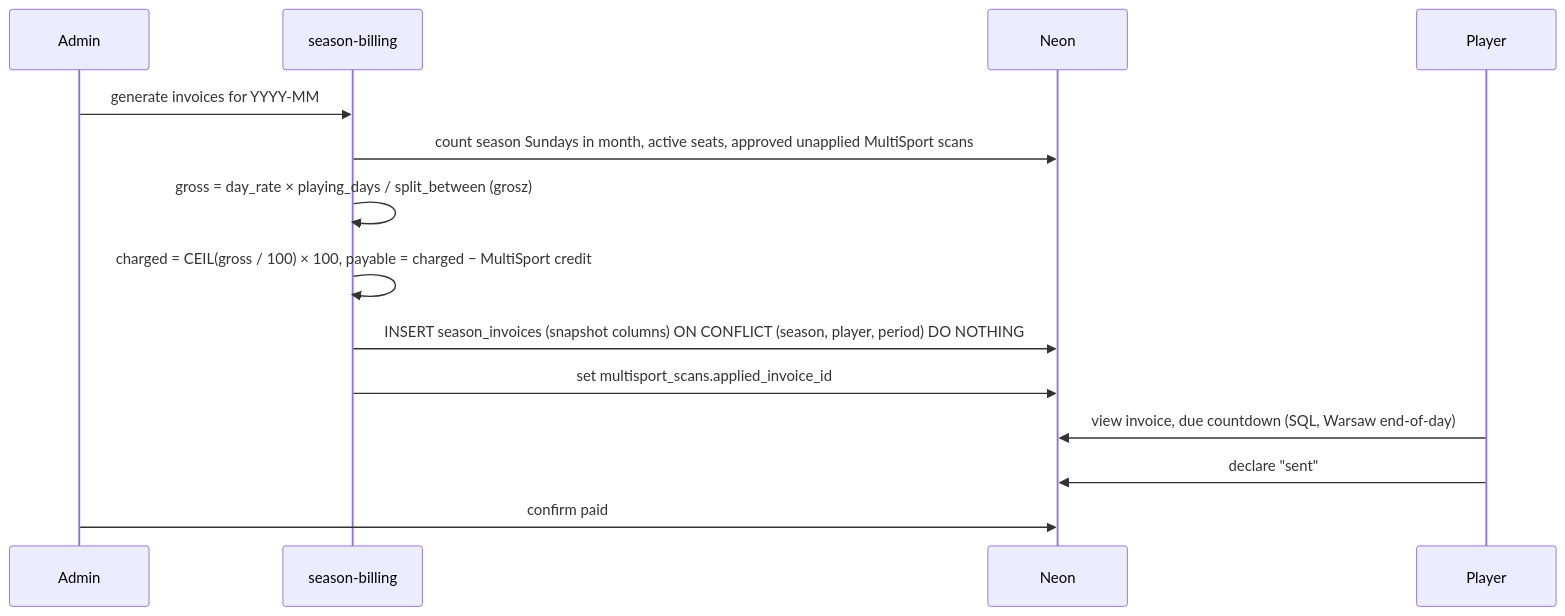
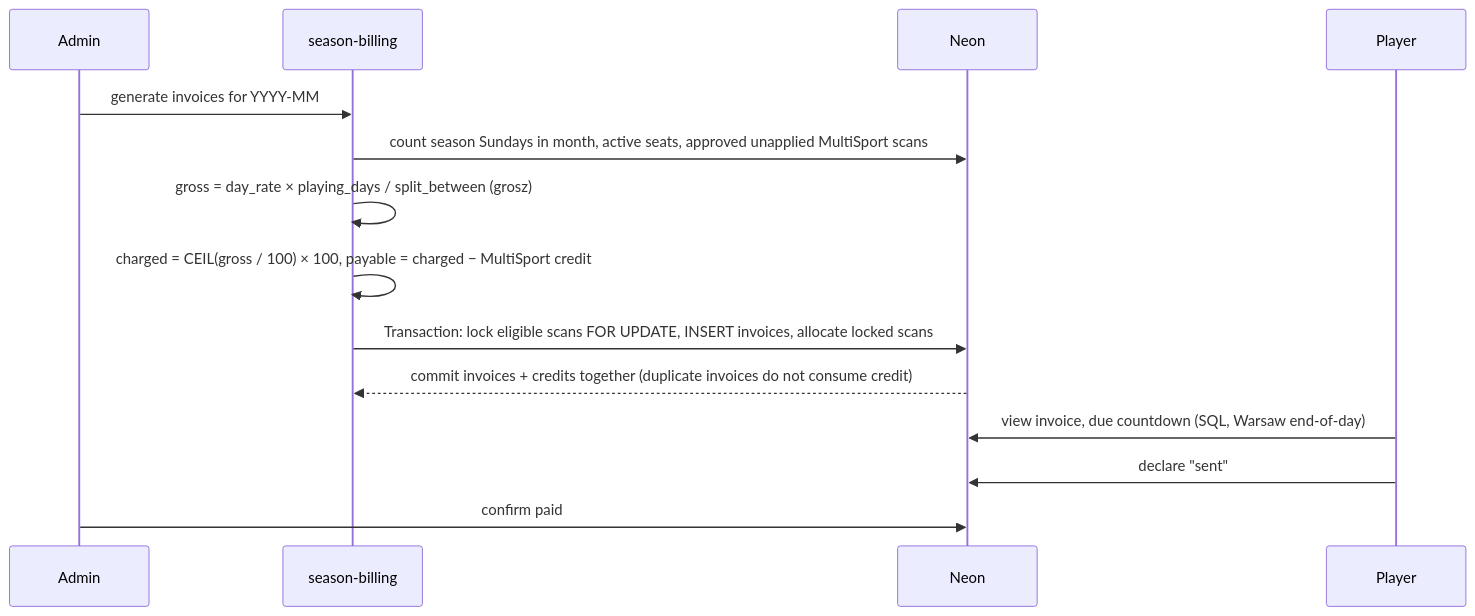
The ninth of 14 diagrams in docs/ARCHITECTURE.md (MarwanTaher/Sideline), drawn with Mermaid before and after one commit. The commit also changed other lines of this file and 85 other files, not shown here.

First line of the commit message:
Complete roadmap phases 3–5 and add recorded matchday moments

````diff
--- a/docs/ARCHITECTURE.md
+++ b/docs/ARCHITECTURE.md
@@ -353,17 +352,17 @@
 ```mermaid
 sequenceDiagram
   participant Ad as Admin
   participant B as season-billing
   participant DB as Neon
   participant Pl as Player
 
   Ad->>B: generate invoices for YYYY-MM
   B->>DB: count season Sundays in month, active seats, approved unapplied MultiSport scans
   B->>B: gross = day_rate × playing_days / split_between (grosz)
   B->>B: charged = CEIL(gross / 100) × 100, payable = charged − MultiSport credit
-  B->>DB: INSERT season_invoices (snapshot columns) ON CONFLICT (season, player, period) DO NOTHING
-  B->>DB: set multisport_scans.applied_invoice_id
+  B->>DB: Transaction: lock eligible scans FOR UPDATE, INSERT invoices, allocate locked scans
+  DB-->>B: commit invoices + credits together (duplicate invoices do not consume credit)
   Pl->>DB: view invoice, due countdown (SQL, Warsaw end-of-day)
   Pl->>DB: declare "sent"
   Ad->>DB: confirm paid
 ```
````
